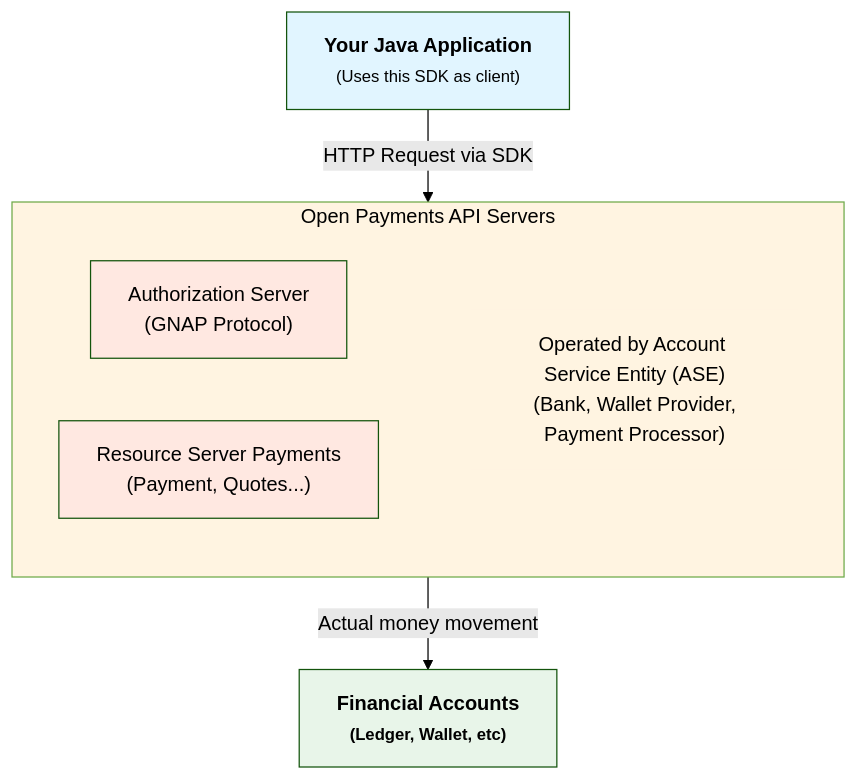
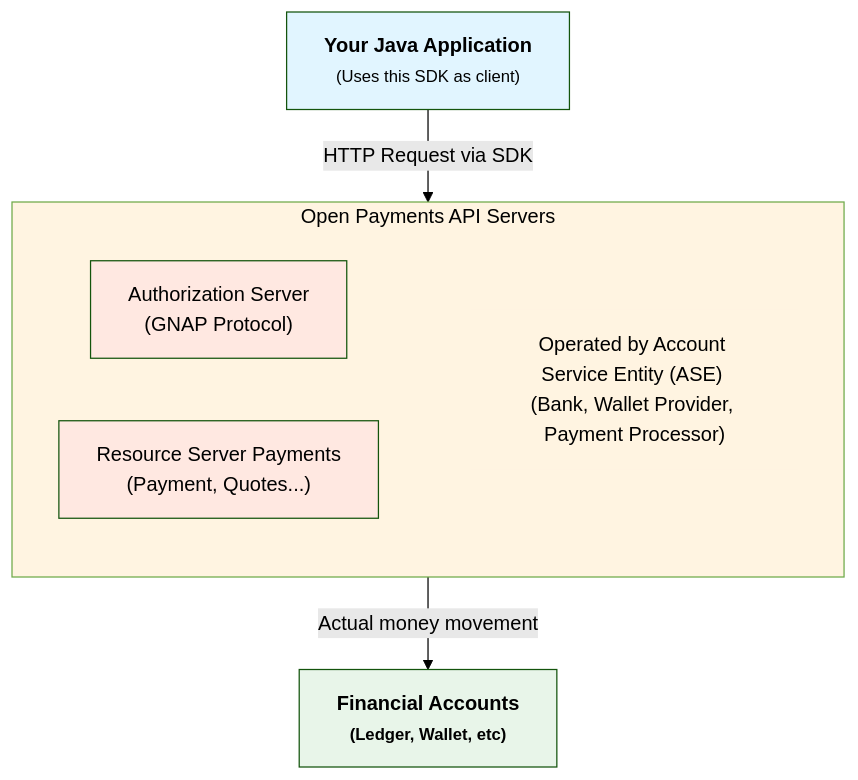
The diagram in README.md (boniface/open-payments-java), drawn with Mermaid (forest theme) before and after one commit. The commit also changed 4 other files, not shown here.

````diff
--- a/README.md
+++ b/README.md
@@ -31,26 +31,26 @@
 ```mermaid
 graph TD
     App["<b>Your Java Application</b> <br/> <small> (Uses this SDK as client)</small>"]
 
     ASE["<b>Financial Accounts<b/> <br/> <small>(Ledger, Wallet, etc)</small>"]
 
     subgraph SDK["Open Payments API Servers"]
 
         Auth["Authorization Server <br/> (GNAP Protocol)"]
         Resource["Resource Server Payments <br/> (Payment, Quotes...)"]
         Auth ~~~ Note
         Resource ~~~ Note
 
-        Note["Operated by Account Service Entity (ASE)<br/> (Bank, Wallet Provider, Payment Processor)"]
+        Note["Operated by Account Service Entity (ASE) (Bank, Wallet Provider, Payment Processor)"]
     end
 
     App -->|HTTP Request via SDK| SDK
     SDK -->|Actual money movement| ASE
 
     style App fill:#e1f5ff,color:#000
     style SDK fill:#fff4e1,color:#000
     style Auth fill:#ffe8e1,color:#000
     style ASE fill:#e8f5e9,color:#000
     style Resource fill:#ffe8e1,color:#000
     style Note fill:#fff4e1,stroke:#fff4e1,stroke-width:2px,color:#000
 ```
````
